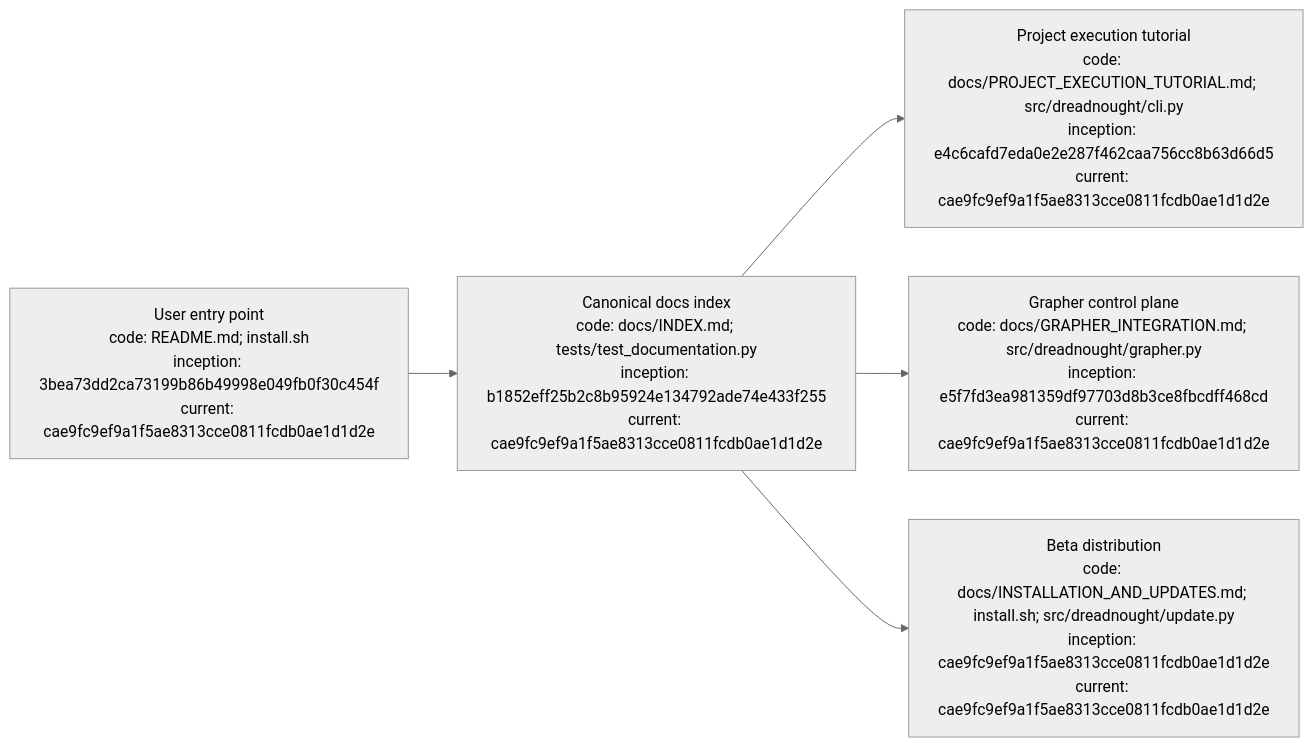
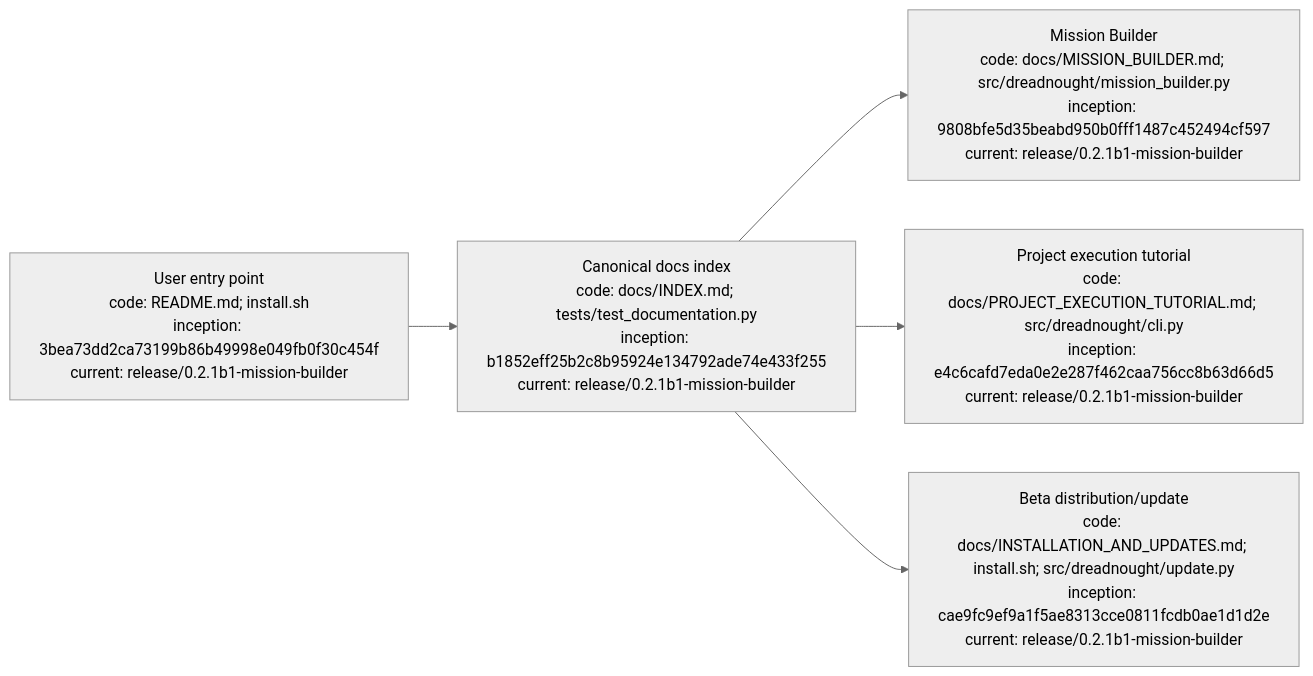
The diagram in docs/INDEX.md (seanbman/dreadnought), drawn with Mermaid (neutral theme) before and after one commit. The commit also changed other lines of this file, not shown here.

Commit message:
docs: index Mission Builder beta patch

````diff
--- a/docs/INDEX.md
+++ b/docs/INDEX.md
@@ -62,7 +64,7 @@
 ```mermaid
 flowchart LR
-    R["User entry point\ncode: README.md; install.sh\ninception: 3bea73dd2ca73199b86b49998e049fb0f30c454f\ncurrent: cae9fc9ef9a1f5ae8313cce0811fcdb0ae1d1d2e"] --> I["Canonical docs index\ncode: docs/INDEX.md; tests/test_documentation.py\ninception: b1852eff25b2c8b95924e134792ade74e433f255\ncurrent: cae9fc9ef9a1f5ae8313cce0811fcdb0ae1d1d2e"]
-    I --> T["Project execution tutorial\ncode: docs/PROJECT_EXECUTION_TUTORIAL.md; src/dreadnought/cli.py\ninception: e4c6cafd7eda0e2e287f462caa756cc8b63d66d5\ncurrent: cae9fc9ef9a1f5ae8313cce0811fcdb0ae1d1d2e"]
-    I --> G["Grapher control plane\ncode: docs/GRAPHER_INTEGRATION.md; src/dreadnought/grapher.py\ninception: e5f7fd3ea981359df97703d8b3ce8fbcdff468cd\ncurrent: cae9fc9ef9a1f5ae8313cce0811fcdb0ae1d1d2e"]
-    I --> B["Beta distribution\ncode: docs/INSTALLATION_AND_UPDATES.md; install.sh; src/dreadnought/update.py\ninception: cae9fc9ef9a1f5ae8313cce0811fcdb0ae1d1d2e\ncurrent: cae9fc9ef9a1f5ae8313cce0811fcdb0ae1d1d2e"]
+    R["User entry point\ncode: README.md; install.sh\ninception: 3bea73dd2ca73199b86b49998e049fb0f30c454f\ncurrent: release/0.2.1b1-mission-builder"] --> I["Canonical docs index\ncode: docs/INDEX.md; tests/test_documentation.py\ninception: b1852eff25b2c8b95924e134792ade74e433f255\ncurrent: release/0.2.1b1-mission-builder"]
+    I --> M["Mission Builder\ncode: docs/MISSION_BUILDER.md; src/dreadnought/mission_builder.py\ninception: 9808bfe5d35beabd950b0fff1487c452494cf597\ncurrent: release/0.2.1b1-mission-builder"]
+    I --> T["Project execution tutorial\ncode: docs/PROJECT_EXECUTION_TUTORIAL.md; src/dreadnought/cli.py\ninception: e4c6cafd7eda0e2e287f462caa756cc8b63d66d5\ncurrent: release/0.2.1b1-mission-builder"]
+    I --> B["Beta distribution/update\ncode: docs/INSTALLATION_AND_UPDATES.md; install.sh; src/dreadnought/update.py\ninception: cae9fc9ef9a1f5ae8313cce0811fcdb0ae1d1d2e\ncurrent: release/0.2.1b1-mission-builder"]
 ```
````
